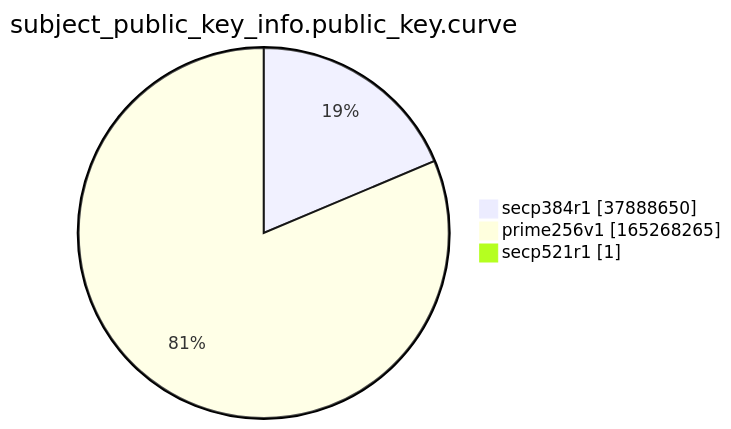
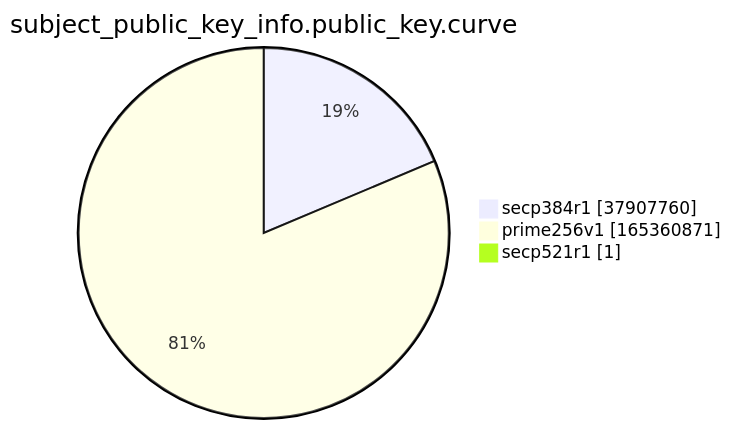
Before and after one commit to christiankrug/ctmonitor_visualization: the ninth of 15 diagrams in argon2022/README.md, drawn with Mermaid. The commit also changed other lines of this file, not shown here.

````diff
--- a/argon2022/README.md
+++ b/argon2022/README.md
@@ -2766,7 +2766,7 @@
 ```mermaid
 pie showData
 title subject_public_key_info.public_key.curve
-"secp384r1" :37888650
-"prime256v1" :165268265
+"secp384r1" :37907760
+"prime256v1" :165360871
 "secp521r1" :1
 ```
````
